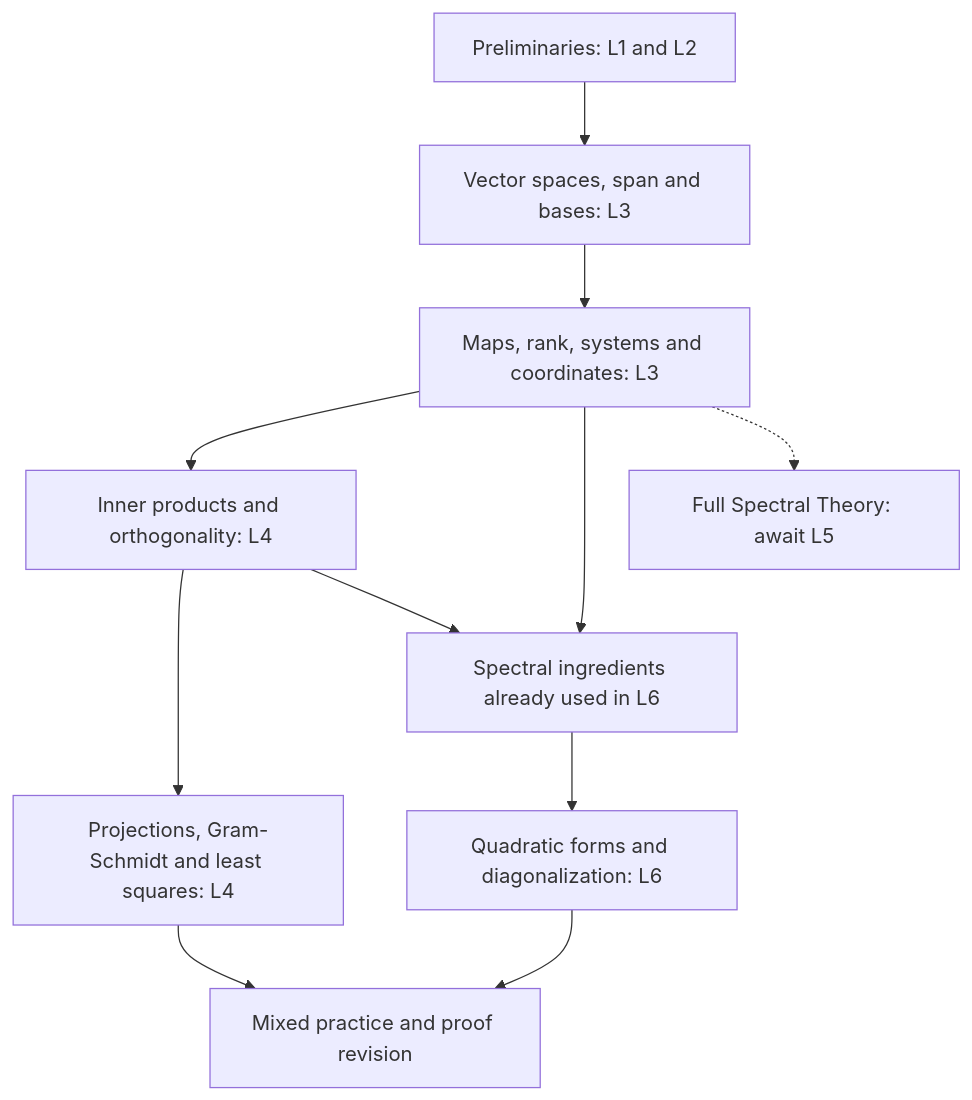
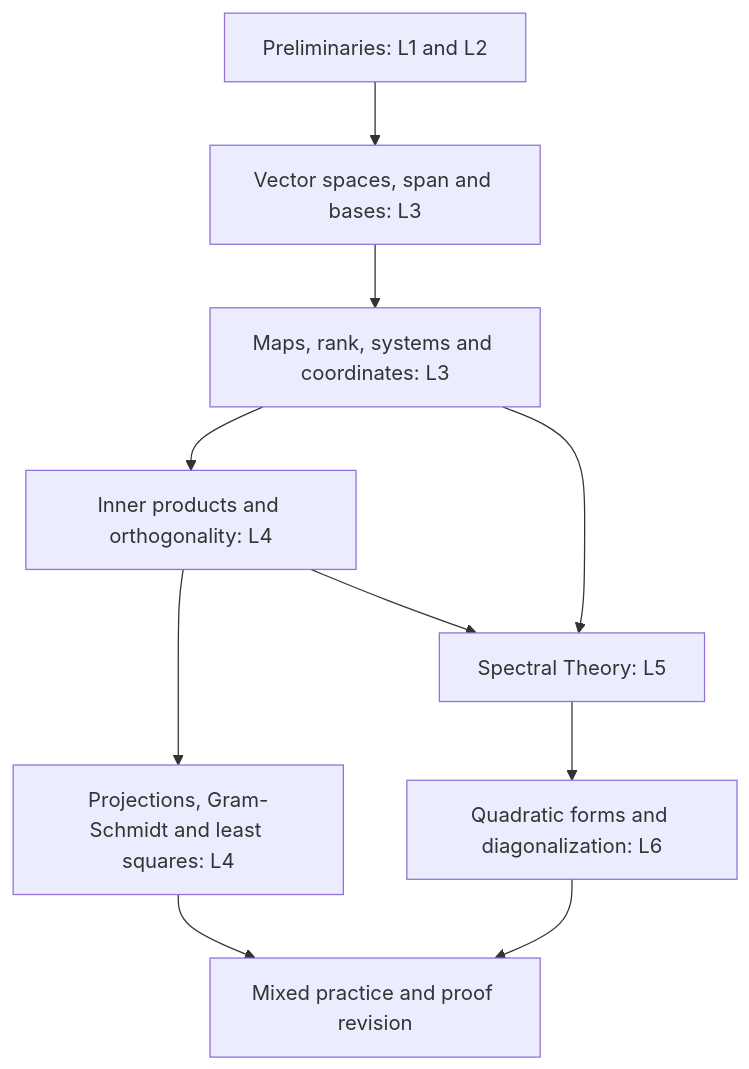
Before and after one commit to rbhdsks/Byu-s-DSE-1st-sem-Maths: the diagram in mathematical_methods/Linear-Algebra/README.md, drawn with Mermaid. The commit also changed other lines of this file and 2 other files, not shown here.

````diff
--- a/mathematical_methods/Linear-Algebra/README.md
+++ b/mathematical_methods/Linear-Algebra/README.md
@@ -23,13 +23,12 @@
 ```mermaid
 flowchart TD
     A["Preliminaries: L1 and L2"] --> B["Vector spaces, span and bases: L3"]
     B --> C["Maps, rank, systems and coordinates: L3"]
     C --> D["Inner products and orthogonality: L4"]
     D --> E["Projections, Gram-Schmidt and least squares: L4"]
-    C --> F["Spectral ingredients already used in L6"]
+    C --> F["Spectral Theory: L5"]
     D --> F
     F --> G["Quadratic forms and diagonalization: L6"]
     E --> H["Mixed practice and proof revision"]
     G --> H
-    C -.-> M["Full Spectral Theory: await L5"]
 ```
````
